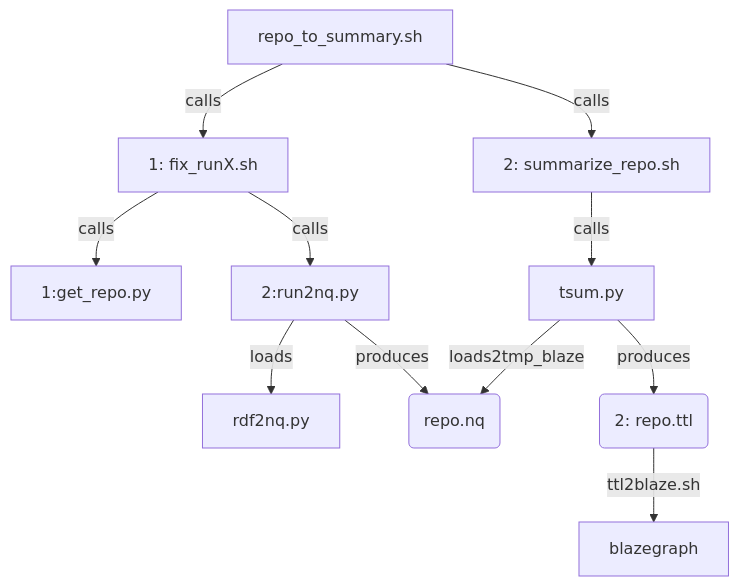
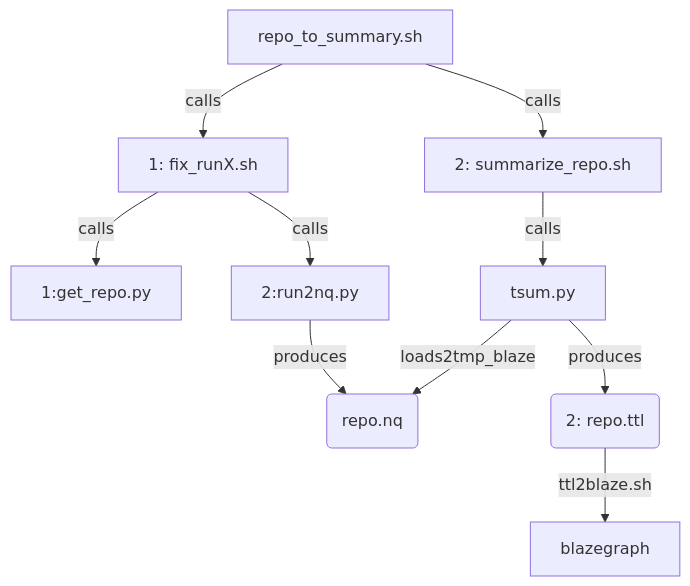
Before and after one commit to MBcode/ec: the diagram in summary/call-b.md, drawn with Mermaid.

Commit message:
Update call-b.md
rm py lib run2nq loads, as not showing that tsum loads qry.py now

````diff
--- a/summary/call-b.md
+++ b/summary/call-b.md
@@ -5,10 +5,10 @@
 ```mermaid
 flowchart TD;
 R2S[repo_to_summary.sh]  -- calls --> G[1: fix_runX.sh];
 G -- calls --> gr[1:get_repo.py]
-G -- calls --> r2n[2:run2nq.py] -- loads --> rdf2[rdf2nq.py];
+G -- calls --> r2n[2:run2nq.py];
 r2n -- produces --> nq(repo.nq);
 R2S -- calls --> SR[2: summarize_repo.sh];
 SR -- calls --> F2[tsum.py] -- loads2tmp_blaze --> nq;
 F2 -- produces --> RT(2: repo.ttl) -- ttl2blaze.sh --> B[blazegraph];
 ```
````
